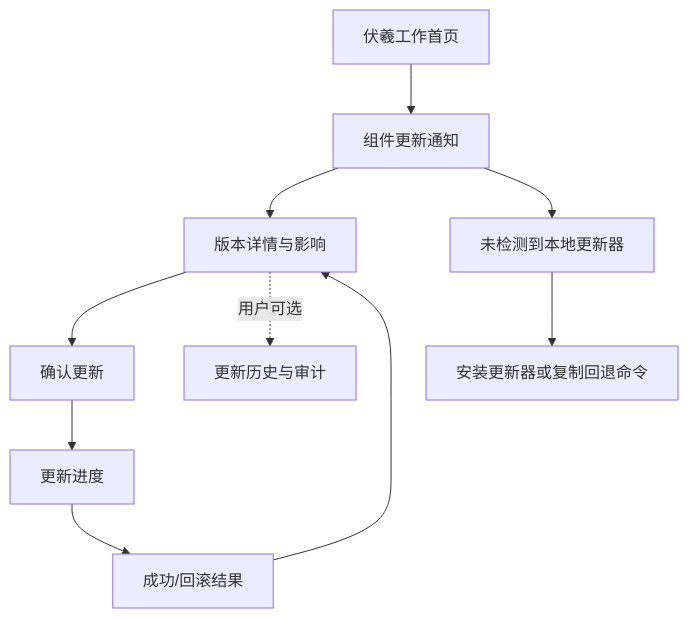
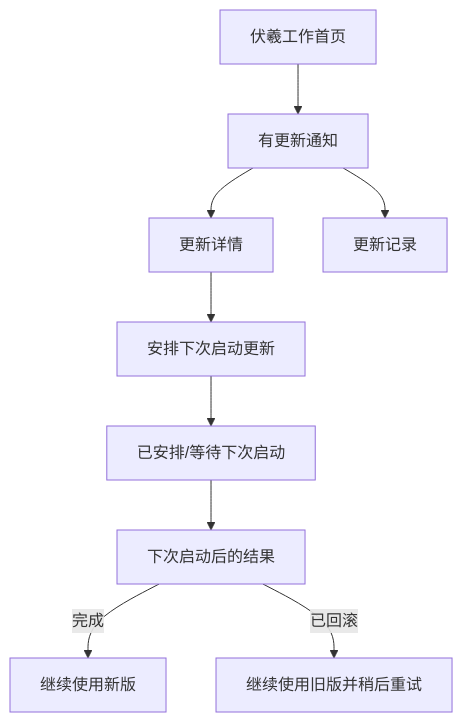
The second of 7 diagrams in docs/prototypes/agent-runtime-update-mvp/FULL_DESIGN.md (Dylan5237/prototype-manager), drawn with Mermaid before and after one commit. The commit also changed other lines of this file and 10 other files, not shown here.

````diff
--- a/docs/prototypes/agent-runtime-update-mvp/FULL_DESIGN.md
+++ b/docs/prototypes/agent-runtime-update-mvp/FULL_DESIGN.md
@@ -114,12 +114,11 @@
 ```mermaid
 flowchart TB
-  Home[伏羲工作首页] --> Notice[组件更新通知]
-  Notice --> Detail[版本详情与影响]
-  Detail --> Confirm[确认更新]
-  Confirm --> Progress[更新进度]
-  Progress --> Result[成功/回滚结果]
-  Result --> Detail
-  Notice --> Missing[未检测到本地更新器]
-  Missing --> Fallback[安装更新器或复制回退命令]
-  Detail -. 用户可选 .-> History[更新历史与审计]
+  H[伏羲工作首页] --> A[有更新通知]
+  A --> D[更新详情]
+  D --> C[安排下次启动更新]
+  C --> P[已安排/等待下次启动]
+  P --> R[下次启动后的结果]
+  R -->|完成| U[继续使用新版]
+  R -->|已回滚| O[继续使用旧版并稍后重试]
+  A --> S[更新记录]
 ```
````
